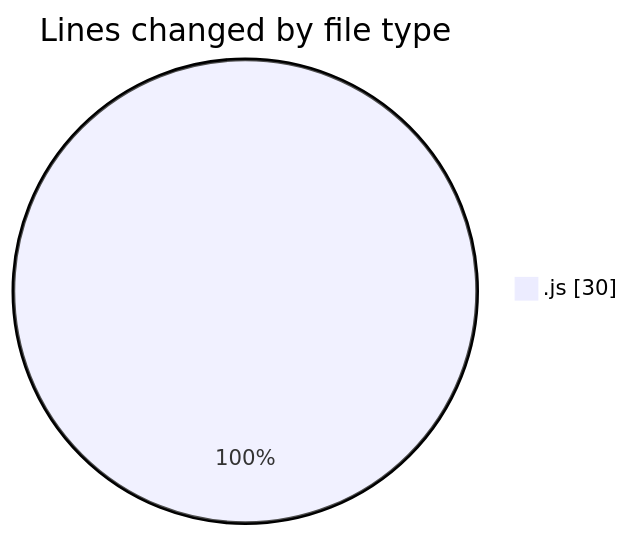
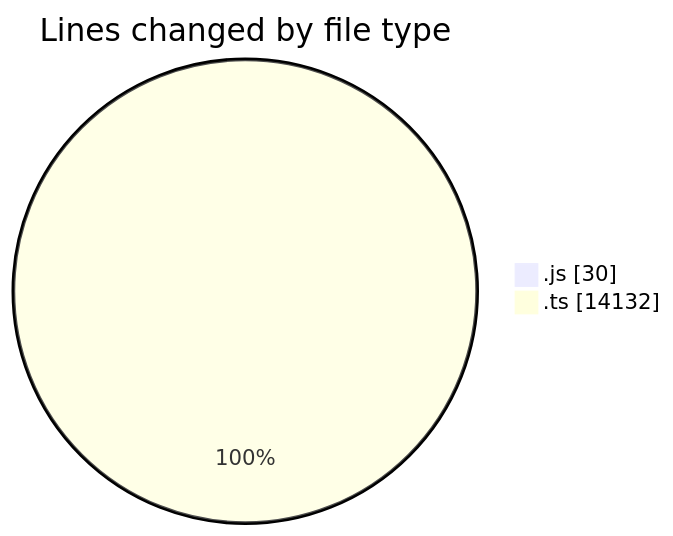
The first of 2 diagrams in 2025-05-27/cda/README.md (momahboobian/code-tracking), drawn with Mermaid before and after one commit. The commit also changed other lines of this file and 1 other file, not shown here.

````diff
--- a/2025-05-27/cda/README.md
+++ b/2025-05-27/cda/README.md
@@ -20,5 +24,6 @@
 ```mermaid
 pie showData
 title Lines changed by file type
 ".js" : 30
+".ts" : 14132
 ```
````
